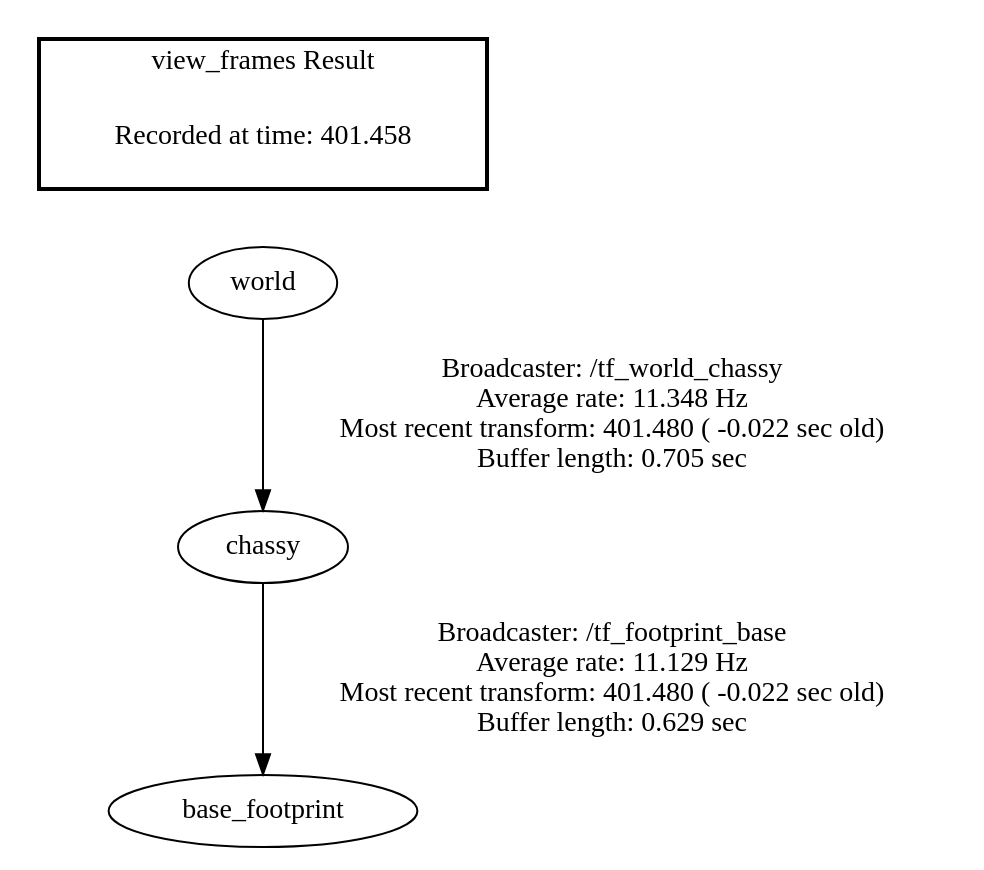
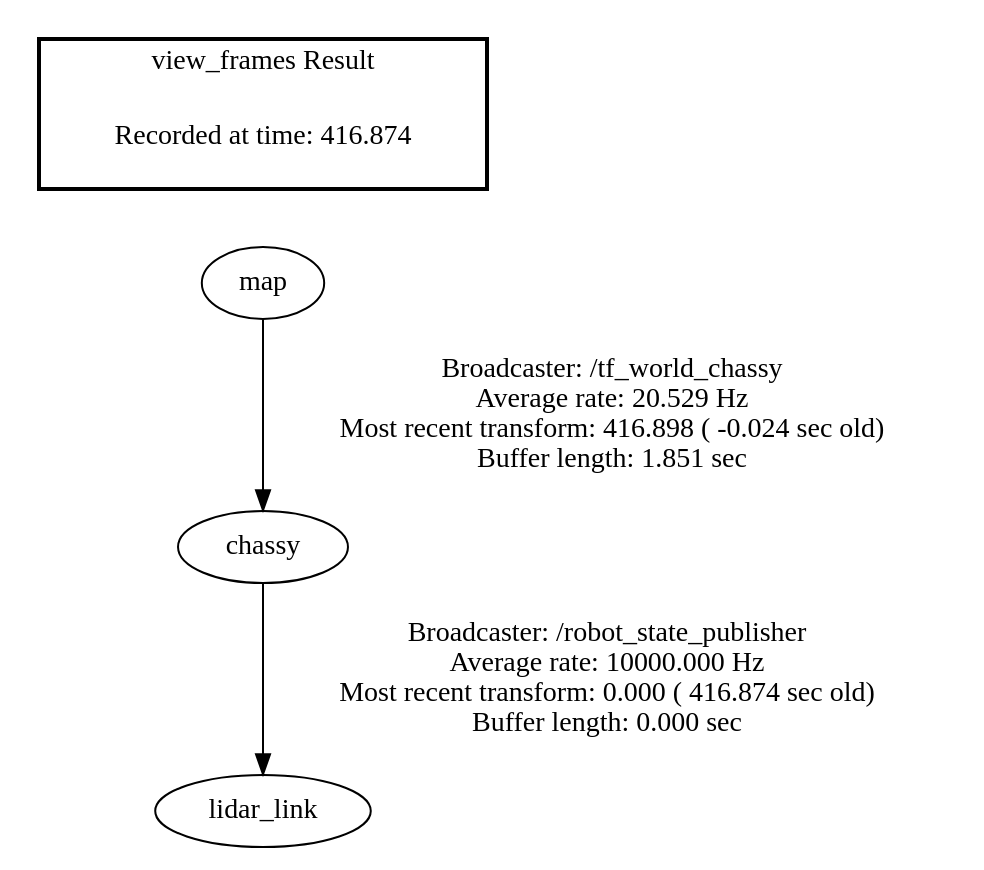
The diagram in launch/frames.gv (JayashankaAnushan19/pde4430_cw2_robot_description), drawn with Graphviz before and after one commit. The commit also changed 11 other files, not shown here.

```diff
--- a/launch/frames.gv
+++ b/launch/frames.gv
@@ -1,8 +1,8 @@
 digraph G {
-"world" -> "chassy"[label="Broadcaster: /tf_world_chassy\nAverage rate: 11.348 Hz\nMost recent transform: 401.480 ( -0.022 sec old)\nBuffer length: 0.705 sec\n"];
-"chassy" -> "base_footprint"[label="Broadcaster: /tf_footprint_base\nAverage rate: 11.129 Hz\nMost recent transform: 401.480 ( -0.022 sec old)\nBuffer length: 0.629 sec\n"];
+"chassy" -> "lidar_link"[label="Broadcaster: /robot_state_publisher\nAverage rate: 10000.000 Hz\nMost recent transform: 0.000 ( 416.874 sec old)\nBuffer length: 0.000 sec\n"];
+"map" -> "chassy"[label="Broadcaster: /tf_world_chassy\nAverage rate: 20.529 Hz\nMost recent transform: 416.898 ( -0.024 sec old)\nBuffer length: 1.851 sec\n"];
 edge [style=invis];
  subgraph cluster_legend { style=bold; color=black; label ="view_frames Result";
-"Recorded at time: 401.458"[ shape=plaintext ] ;
- }->"world";
+"Recorded at time: 416.874"[ shape=plaintext ] ;
+ }->"map";
 }
```
